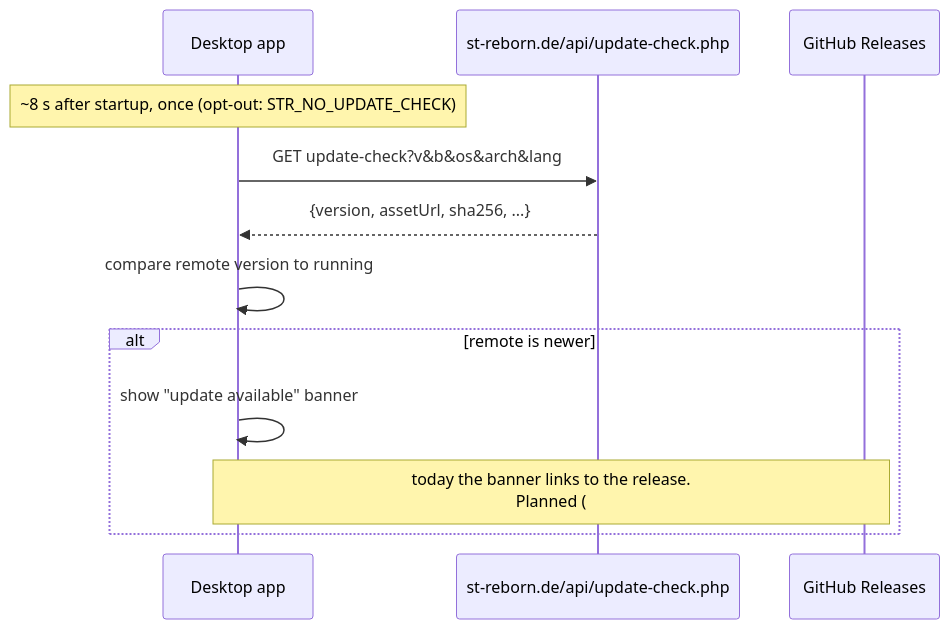
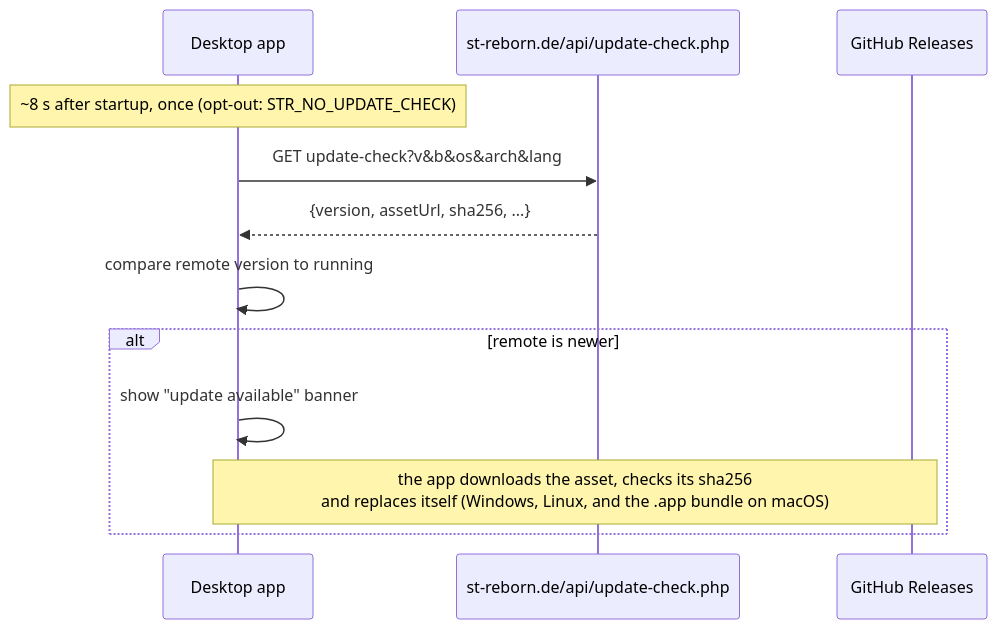
One commit to JRpersonal/streborn changed diagram 14 of 14 in docs/ARCHITECTURE.md. Above: the diagram before and after it, drawn with Mermaid. The commit also changed other lines of this file and 4 other files, not shown here.

First line of the commit message:
docs: the Ideas wish list is the roadmap; drop stale post-1.0 and in-flight sections

````diff
--- a/docs/ARCHITECTURE.md
+++ b/docs/ARCHITECTURE.md
@@ -814,14 +814,14 @@
 ```mermaid
 sequenceDiagram
   participant App as Desktop app
   participant Web as st-reborn.de/api/update-check.php
   participant GH as GitHub Releases
   Note over App: ~8 s after startup, once (opt-out: STR_NO_UPDATE_CHECK)
   App->>Web: GET update-check?v&b&os&arch&lang
   Web-->>App: {version, assetUrl, sha256, ...}
   App->>App: compare remote version to running
   alt remote is newer
     App->>App: show "update available" banner
-    Note over App,GH: today the banner links to the release.<br/>Planned (#71): in-app download + sha256 verify + relaunch
+    Note over App,GH: the app downloads the asset, checks its sha256<br/>and replaces itself (Windows, Linux, and the .app bundle on macOS)
   end
 ```
````
